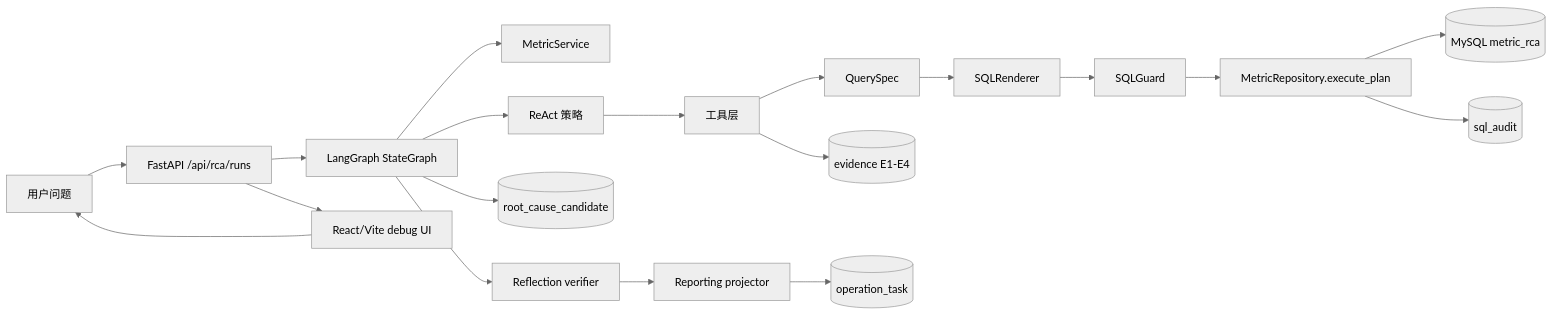
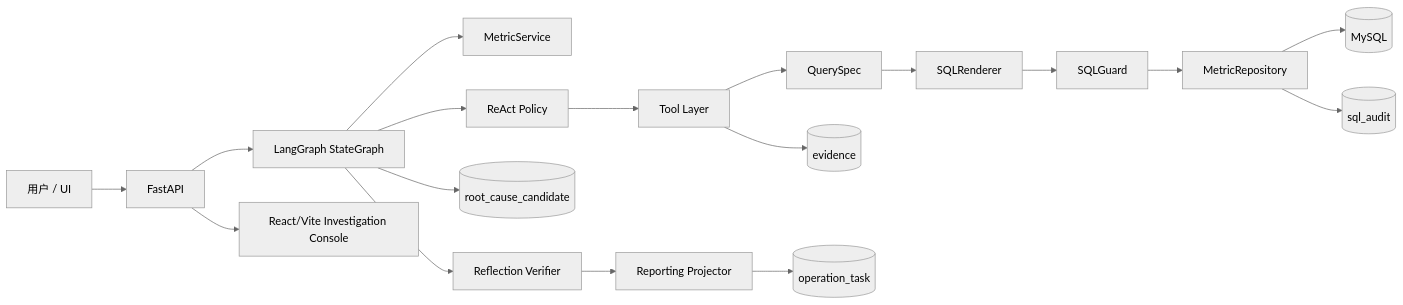
The second of 4 diagrams in 项目介绍.md (WOTMCCR/MetricRCA), drawn with Mermaid (neutral theme) before and after one commit. The commit also changed other lines of this file and 1 other file, not shown here.

````diff
--- a/项目介绍.md
+++ b/项目介绍.md
@@ -151,21 +144,20 @@
 ```mermaid
 flowchart LR
-  U["用户问题"] --> API["FastAPI /api/rca/runs"]
+  U["用户 / UI"] --> API["FastAPI"]
   API --> G["LangGraph StateGraph"]
   G --> MS["MetricService"]
-  G --> R["ReAct 策略"]
-  R --> T["工具层"]
-  T --> QS["QuerySpec"]
-  QS --> SR["SQLRenderer"]
-  SR --> SG["SQLGuard"]
-  SG --> REPO["MetricRepository.execute_plan"]
-  REPO --> DB[("MySQL metric_rca")]
-  REPO --> AUDIT[("sql_audit")]
-  T --> EV[("evidence E1-E4")]
-  G --> CAND[("root_cause_candidate")]
-  G --> REF["Reflection verifier"]
-  REF --> REPORT["Reporting projector"]
-  REPORT --> TASK[("operation_task")]
-  API --> UI["React/Vite debug UI"]
-  UI --> U
+  G --> React["ReAct Policy"]
+  React --> Tools["Tool Layer"]
+  Tools --> QS["QuerySpec"]
+  QS --> Renderer["SQLRenderer"]
+  Renderer --> Guard["SQLGuard"]
+  Guard --> Repo["MetricRepository"]
+  Repo --> DB[("MySQL")]
+  Repo --> Audit[("sql_audit")]
+  Tools --> Evidence[("evidence")]
+  G --> Candidates[("root_cause_candidate")]
+  G --> Reflection["Reflection Verifier"]
+  Reflection --> Report["Reporting Projector"]
+  Report --> Task[("operation_task")]
+  API --> UI["React/Vite Investigation Console"]
 ```
````
